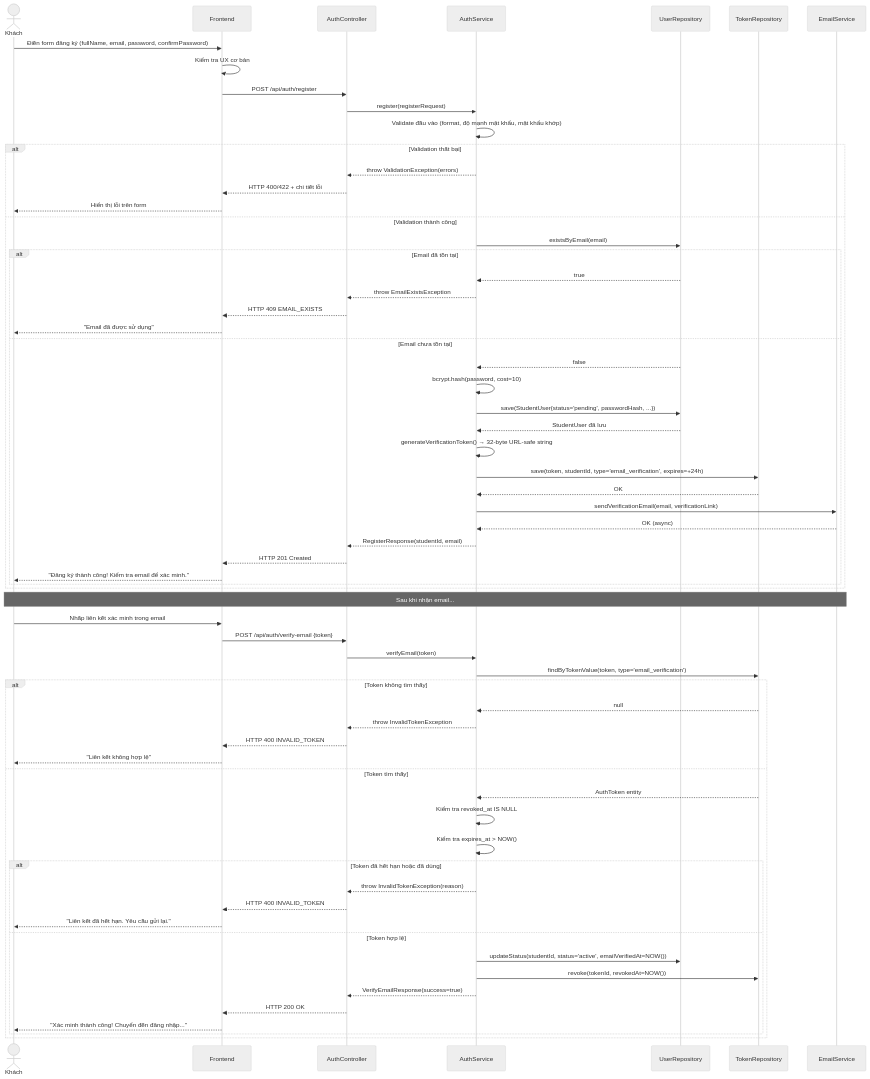
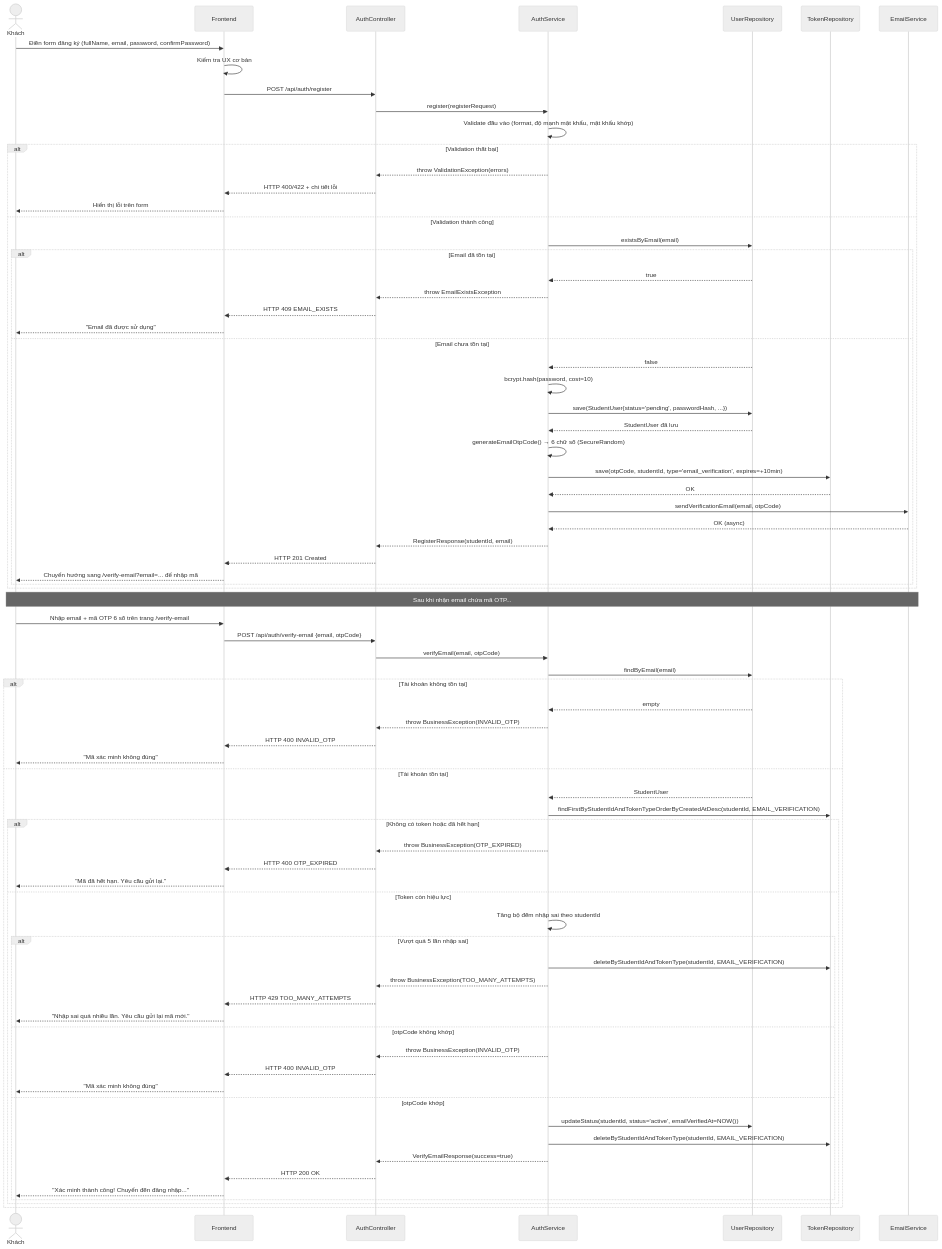
One commit to hung02042005/Japanese-Skill-Practice-Platform changed the diagram in docs/03-Interface-Specs/feature-specs/backend/feat-auth/UC-02-register.md. Above: the diagram before and after it, drawn with Mermaid (neutral theme). The commit also changed other lines of this file and 95 other files, not shown here.

````diff
--- a/docs/03-Interface-Specs/feature-specs/backend/feat-auth/UC-02-register.md
+++ b/docs/03-Interface-Specs/feature-specs/backend/feat-auth/UC-02-register.md
@@ -203,46 +215,58 @@
             AS->>UR: save(StudentUser{status='pending', passwordHash, ...})
             UR-->>AS: StudentUser đã lưu
 
-            AS->>AS: generateVerificationToken() → 32-byte URL-safe string
-            AS->>TR: save(token, studentId, type='email_verification', expires=+24h)
+            AS->>AS: generateEmailOtpCode() → 6 chữ số (SecureRandom)
+            AS->>TR: save(otpCode, studentId, type='email_verification', expires=+10min)
             TR-->>AS: OK
 
-            AS->>ES: sendVerificationEmail(email, verificationLink)
+            AS->>ES: sendVerificationEmail(email, otpCode)
             ES-->>AS: OK (async)
 
             AS-->>AC: RegisterResponse(studentId, email)
             AC-->>FE: HTTP 201 Created
-            FE-->>Khach: "Đăng ký thành công! Kiểm tra email để xác minh."
+            FE-->>Khach: Chuyển hướng sang /verify-email?email=... để nhập mã
         end
     end
 
-    Note over Khach,ES: Sau khi nhận email...
+    Note over Khach,ES: Sau khi nhận email chứa mã OTP...
 
-    Khach->>FE: Nhấp liên kết xác minh trong email
-    FE->>AC: POST /api/auth/verify-email {token}
-    AC->>AS: verifyEmail(token)
-    AS->>TR: findByTokenValue(token, type='email_verification')
+    Khach->>FE: Nhập email + mã OTP 6 số trên trang /verify-email
+    FE->>AC: POST /api/auth/verify-email {email, otpCode}
+    AC->>AS: verifyEmail(email, otpCode)
+    AS->>UR: findByEmail(email)
 
-    alt Token không tìm thấy
-        TR-->>AS: null
-        AS-->>AC: throw InvalidTokenException
-        AC-->>FE: HTTP 400 INVALID_TOKEN
-        FE-->>Khach: "Liên kết không hợp lệ"
-    else Token tìm thấy
-        TR-->>AS: AuthToken entity
-        AS->>AS: Kiểm tra revoked_at IS NULL
-        AS->>AS: Kiểm tra expires_at > NOW()
+    alt Tài khoản không tồn tại
+        UR-->>AS: empty
+        AS-->>AC: throw BusinessException(INVALID_OTP)
+        AC-->>FE: HTTP 400 INVALID_OTP
+        FE-->>Khach: "Mã xác minh không đúng"
+    else Tài khoản tồn tại
+        UR-->>AS: StudentUser
+        AS->>TR: findFirstByStudentIdAndTokenTypeOrderByCreatedAtDesc(studentId, EMAIL_VERIFICATION)
 
-        alt Token đã hết hạn hoặc đã dùng
-            AS-->>AC: throw InvalidTokenException(reason)
-            AC-->>FE: HTTP 400 INVALID_TOKEN
-            FE-->>Khach: "Liên kết đã hết hạn. Yêu cầu gửi lại."
-        else Token hợp lệ
-            AS->>UR: updateStatus(studentId, status='active', emailVerifiedAt=NOW())
-            AS->>TR: revoke(tokenId, revokedAt=NOW())
-            AS-->>AC: VerifyEmailResponse(success=true)
-            AC-->>FE: HTTP 200 OK
-            FE-->>Khach: "Xác minh thành công! Chuyển đến đăng nhập..."
+        alt Không có token hoặc đã hết hạn
+            AS-->>AC: throw BusinessException(OTP_EXPIRED)
+            AC-->>FE: HTTP 400 OTP_EXPIRED
+            FE-->>Khach: "Mã đã hết hạn. Yêu cầu gửi lại."
+        else Token còn hiệu lực
+            AS->>AS: Tăng bộ đếm nhập sai theo studentId
+
+            alt Vượt quá 5 lần nhập sai
+                AS->>TR: deleteByStudentIdAndTokenType(studentId, EMAIL_VERIFICATION)
+                AS-->>AC: throw BusinessException(TOO_MANY_ATTEMPTS)
+                AC-->>FE: HTTP 429 TOO_MANY_ATTEMPTS
+                FE-->>Khach: "Nhập sai quá nhiều lần. Yêu cầu gửi lại mã mới."
+            else otpCode không khớp
+                AS-->>AC: throw BusinessException(INVALID_OTP)
+                AC-->>FE: HTTP 400 INVALID_OTP
+                FE-->>Khach: "Mã xác minh không đúng"
+            else otpCode khớp
+                AS->>UR: updateStatus(studentId, status='active', emailVerifiedAt=NOW())
+                AS->>TR: deleteByStudentIdAndTokenType(studentId, EMAIL_VERIFICATION)
+                AS-->>AC: VerifyEmailResponse(success=true)
+                AC-->>FE: HTTP 200 OK
+                FE-->>Khach: "Xác minh thành công! Chuyển đến đăng nhập..."
+            end
         end
     end
 ```
````
